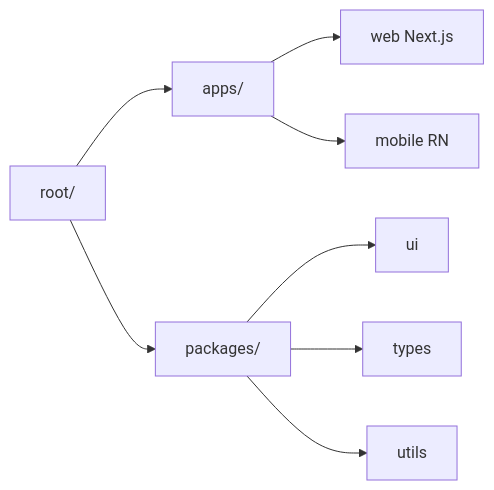
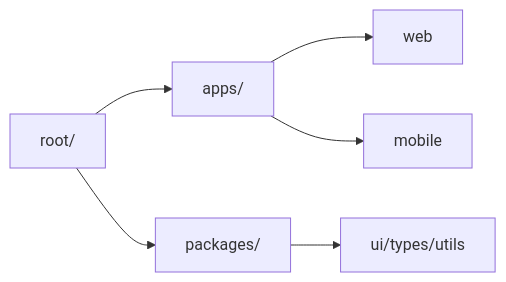
One commit to yjkim2015/yjkim2015.github.io changed the fifth of 7 diagrams in _posts/frontend/2026-05-02-frontend-architecture.md. Above: the diagram before and after it, drawn with Mermaid. The commit also changed other lines of this file and 163 other files, not shown here.

First line of the commit message:
Mermaid 300개 블록 내용 축소: 5노드 5엣지 이하, 의미 있는 약어

````diff
--- a/_posts/frontend/2026-05-02-frontend-architecture.md
+++ b/_posts/frontend/2026-05-02-frontend-architecture.md
@@ -252,6 +248,7 @@
 ```mermaid
 graph LR
-    ROOT["root/"] --> APPS["apps/"] & PACKAGES["packages/"]
-    APPS --> WEB["web Next.js"] & MOBILE["mobile RN"]
-    PACKAGES --> UI["ui"] & TYPES["types"] & UTILS["utils"]
+    ROOT["root/"] --> APPS["apps/"]
+    ROOT --> PKG["packages/"]
+    APPS --> WEB["web"] & MOBILE["mobile"]
+    PKG --> UI["ui/types/utils"]
 ```
````
